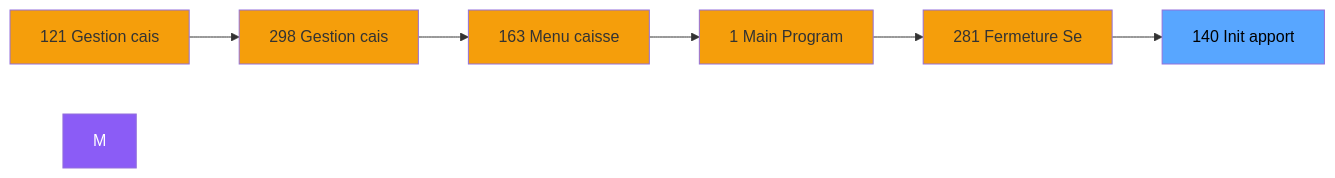
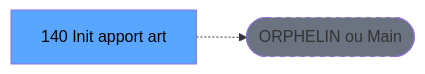
One commit to thonyAGP/lecteur-magic changed the second of 3 diagrams in .openspec/renders/ADH-IDE-140.md. Above: the diagram before and after it, drawn with Mermaid. The commit also changed other lines of this file and 701 other files, not shown here.

````diff
--- a/.openspec/renders/ADH-IDE-140.md
+++ b/.openspec/renders/ADH-IDE-140.md
@@ -108,21 +119,8 @@
 ```mermaid
 graph LR
-    N121[121 Gestion cais]
-    N298[298 Gestion cais]
-    N163[163 Menu caisse ]
-    N1[1 Main Program]
-    N281[281 Fermeture Se]
-    T[140 Init apport ]
-    N121 --> N298
-    N298 --> N163
-    N163 --> N1
-    N1 --> N281
-    N281 --> T
-    style M fill:#8b5cf6,color:#fff
-    style N121 fill:#f59e0b
-    style N298 fill:#f59e0b
-    style N163 fill:#f59e0b
-    style N1 fill:#f59e0b
-    style N281 fill:#f59e0b
+    T[140 Init apport art]
+    ORPHAN([ORPHELIN ou Main])
+    T -.-> ORPHAN
     style T fill:#58a6ff,color:#000
+    style ORPHAN fill:#6b7280,stroke-dasharray: 5 5
 ```
````
